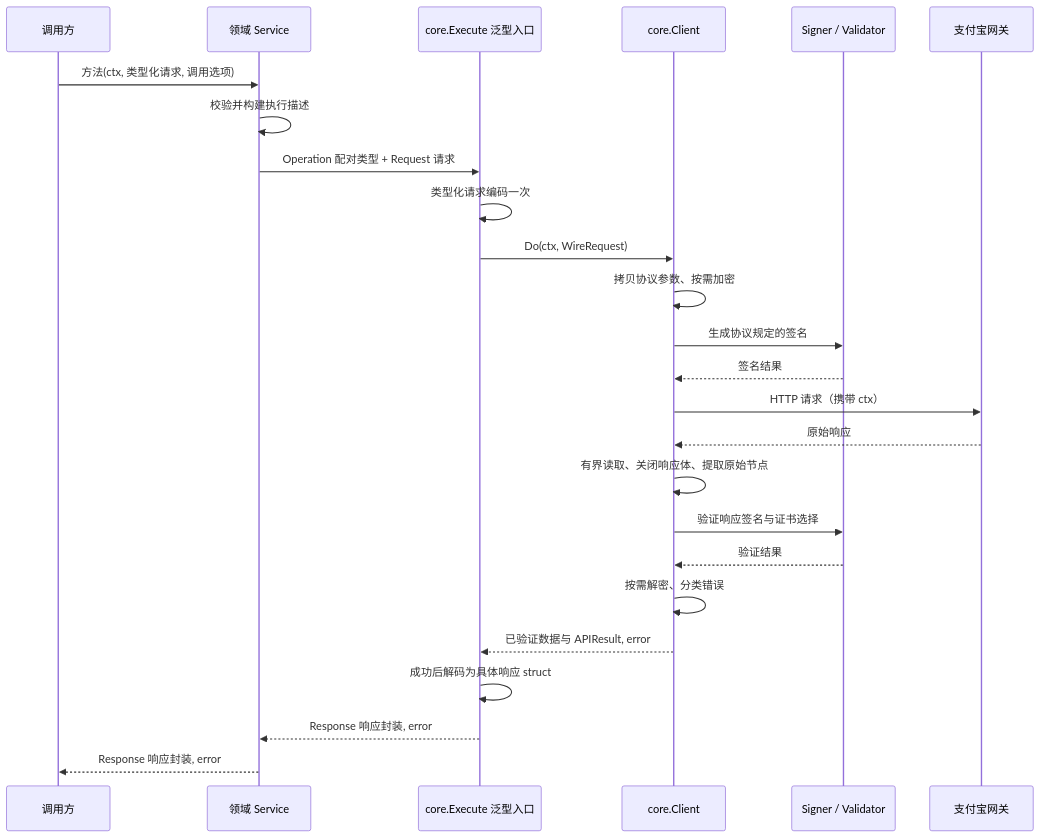
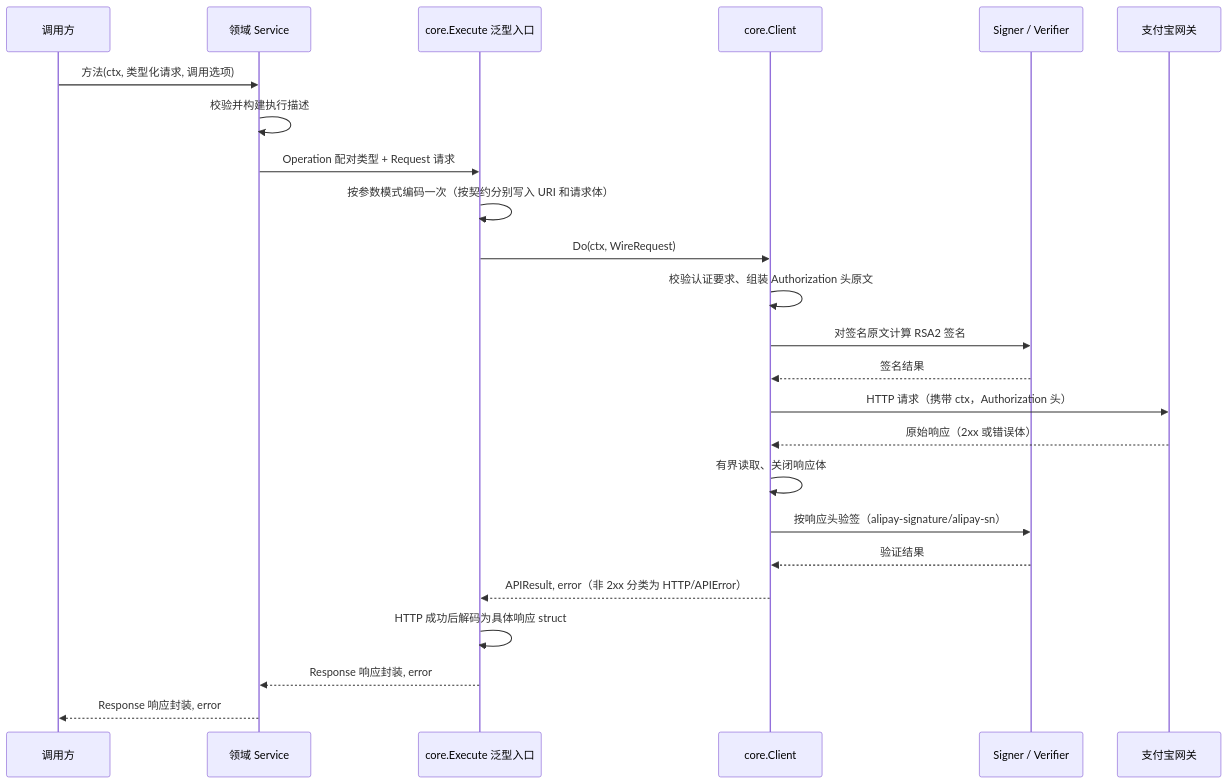
The second of 2 diagrams in docs/architecture.md (tiyee/alipay-sdk-go), drawn with Mermaid before and after one commit. The commit also changed other lines of this file and 547 other files, not shown here.

````diff
--- a/docs/architecture.md
+++ b/docs/architecture.md
@@ -274,27 +288,26 @@
 ```mermaid
 sequenceDiagram
     participant U as 调用方
     participant S as 领域 Service
     participant G as core.Execute 泛型入口
     participant C as core.Client
-    participant A as Signer / Validator
+    participant A as Signer / Verifier
     participant P as 支付宝网关
     U->>S: 方法(ctx, 类型化请求, 调用选项)
     S->>S: 校验并构建执行描述
     S->>G: Operation 配对类型 + Request 请求
-    G->>G: 类型化请求编码一次
+    G->>G: 按参数模式编码一次（按契约分别写入 URI 和请求体）
     G->>C: Do(ctx, WireRequest)
-    C->>C: 拷贝协议参数、按需加密
-    C->>A: 生成协议规定的签名
+    C->>C: 校验认证要求、组装 Authorization 头原文
+    C->>A: 对签名原文计算 RSA2 签名
     A-->>C: 签名结果
-    C->>P: HTTP 请求（携带 ctx）
-    P-->>C: 原始响应
-    C->>C: 有界读取、关闭响应体、提取原始节点
-    C->>A: 验证响应签名与证书选择
+    C->>P: HTTP 请求（携带 ctx，Authorization 头）
+    P-->>C: 原始响应（2xx 或错误体）
+    C->>C: 有界读取、关闭响应体
+    C->>A: 按响应头验签（alipay-signature/alipay-sn）
     A-->>C: 验证结果
-    C->>C: 按需解密、分类错误
-    C-->>G: 已验证数据与 APIResult, error
-    G->>G: 成功后解码为具体响应 struct
+    C-->>G: APIResult, error（非 2xx 分类为 HTTP/APIError）
+    G->>G: HTTP 成功后解码为具体响应 struct
     G-->>S: Response 响应封装, error
     S-->>U: Response 响应封装, error
 ```
````
